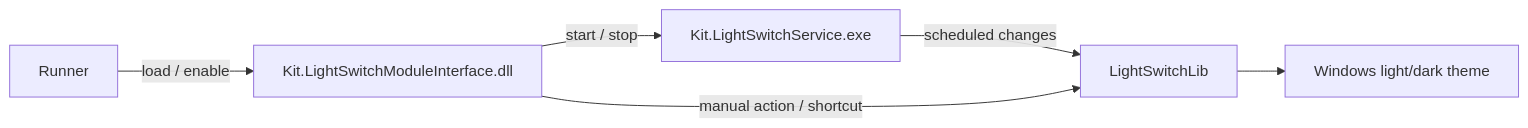
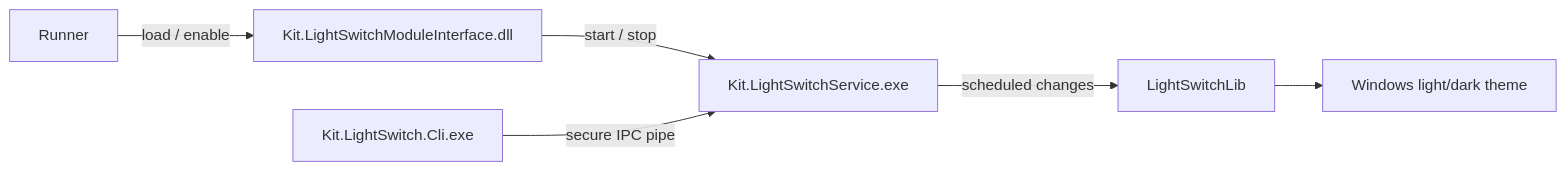
The third of 7 diagrams in README.md (guijianchou/Kit), drawn with Mermaid before and after one commit. The commit also changed other lines of this file and 65 other files, not shown here.

First line of the commit message:
feat(core): sync upstream PowerToys v0.102.2933.0, upgrade Awake/LightSwitch CLI, bump version to 3.0.0

````diff
--- a/README.md
+++ b/README.md
@@ -113,8 +114,8 @@
 ```mermaid
 flowchart LR
     R["Runner"] -->|"load / enable"| MI["Kit.LightSwitchModuleInterface.dll"]
     MI -->|"start / stop"| S["Kit.LightSwitchService.exe"]
     S -->|"scheduled changes"| LIB["LightSwitchLib"]
-    MI -->|"manual action / shortcut"| LIB
+    CLI["Kit.LightSwitch.Cli.exe"] -->|"secure IPC pipe"| S
     LIB --> OS["Windows light/dark theme"]
 ```
````
